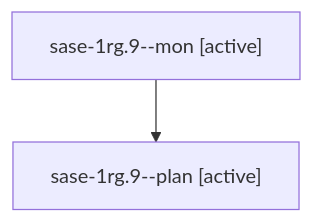
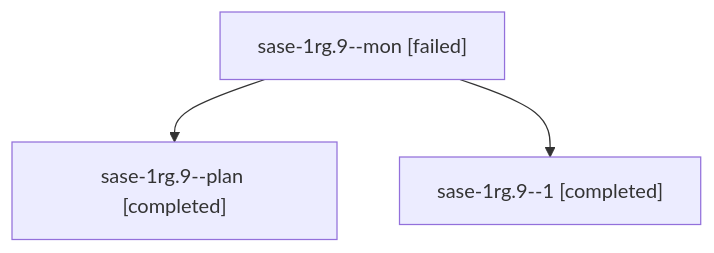
The diagram in sessions/bbugyi200.athena.sase-1rg.9.md (sase-org/sase--agents), drawn with Mermaid before and after one commit. The commit also changed other lines of this file and 51 other files, not shown here.

````diff
--- a/sessions/bbugyi200.athena.sase-1rg.9.md
+++ b/sessions/bbugyi200.athena.sase-1rg.9.md
@@ -9,6 +9,8 @@
 ```mermaid
 flowchart TD
-  n0["sase-1rg.9--mon [active]"]
-  n1["sase-1rg.9--plan [active]"]
+  n0["sase-1rg.9--mon [failed]"]
+  n1["sase-1rg.9--plan [completed]"]
   n0 --> n1
+  n2["sase-1rg.9--1 [completed]"]
+  n0 --> n2
 ```
````
